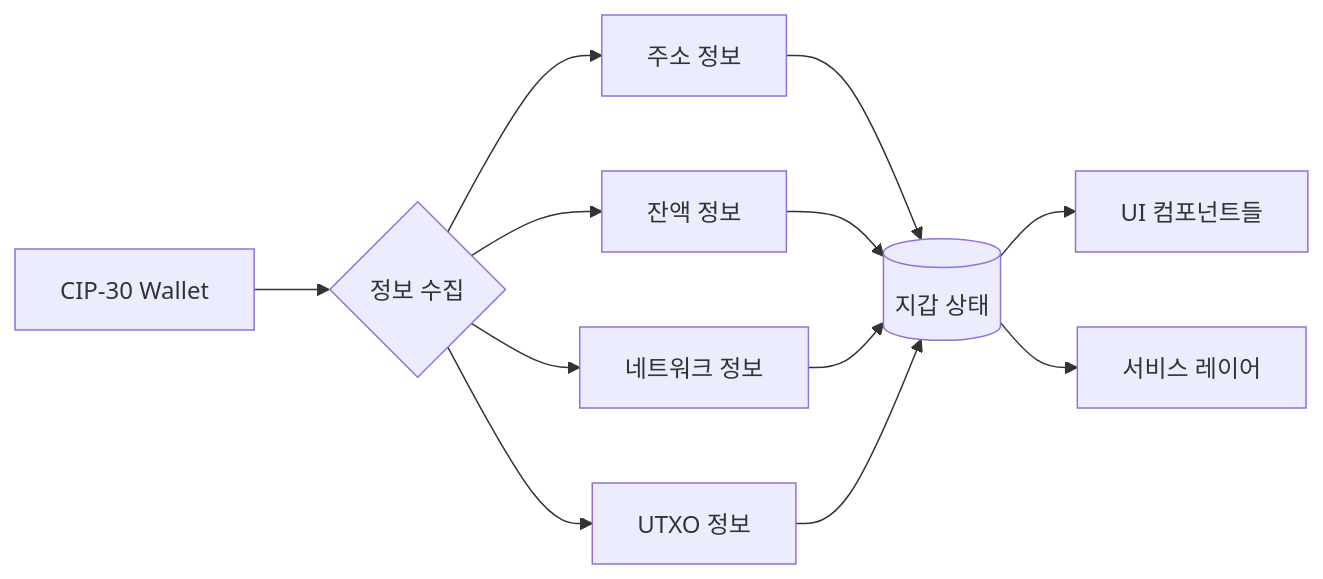
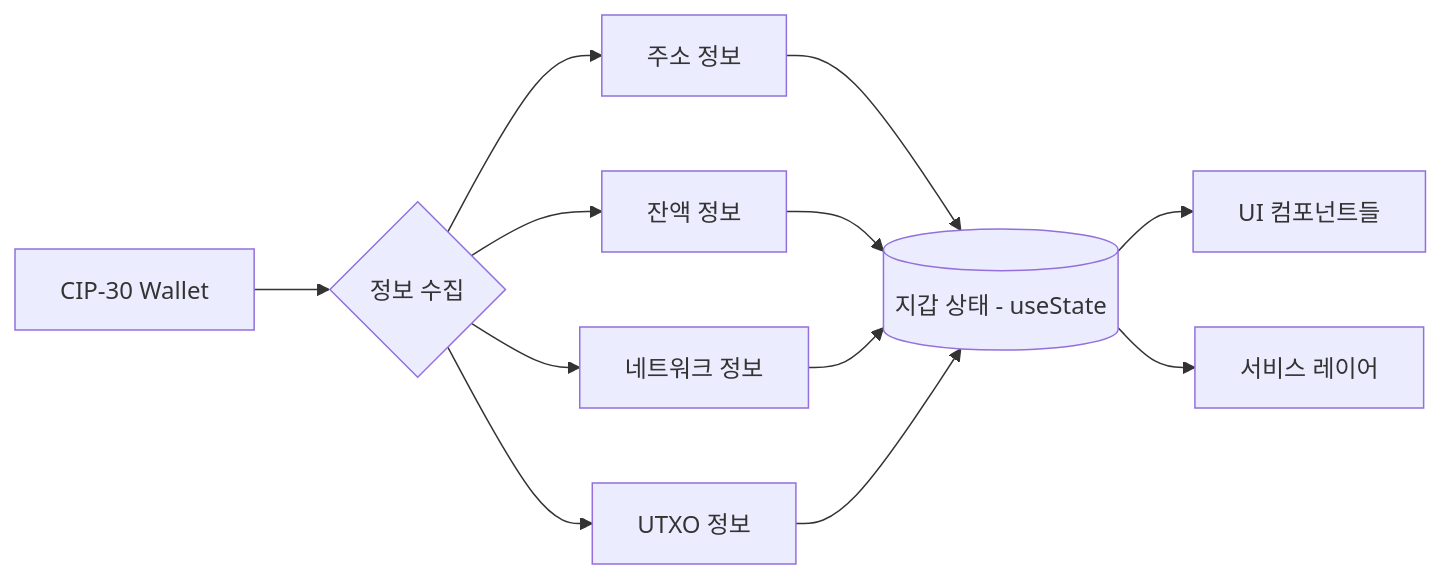
The second of 5 diagrams in docs/data-flow.md (HyeonHo-Park/cardano-basic-dapp-1), drawn with Mermaid before and after one commit. The commit also changed other lines of this file and 30 other files, not shown here.

````diff
--- a/docs/data-flow.md
+++ b/docs/data-flow.md
@@ -50,16 +50,16 @@
 ```mermaid
 flowchart LR
     WalletAPI[CIP-30 Wallet] --> GetInfo{정보 수집}
     GetInfo --> Address[주소 정보]
     GetInfo --> Balance[잔액 정보]
     GetInfo --> Network[네트워크 정보]
     GetInfo --> UTXO[UTXO 정보]
 
-    Address --> WalletState[(지갑 상태)]
+    Address --> WalletState[(지갑 상태 - useState)]
     Balance --> WalletState
     Network --> WalletState
     UTXO --> WalletState
 
     WalletState --> UI[UI 컴포넌트들]
     WalletState --> Services[서비스 레이어]
 ```
````
